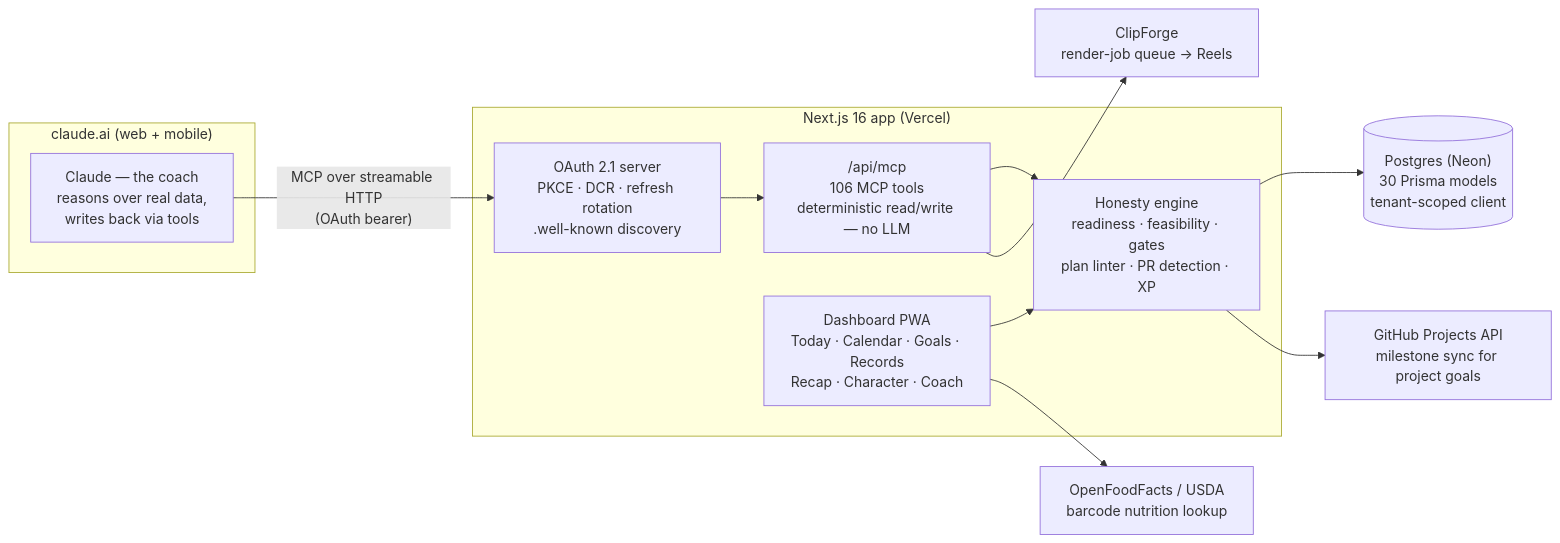
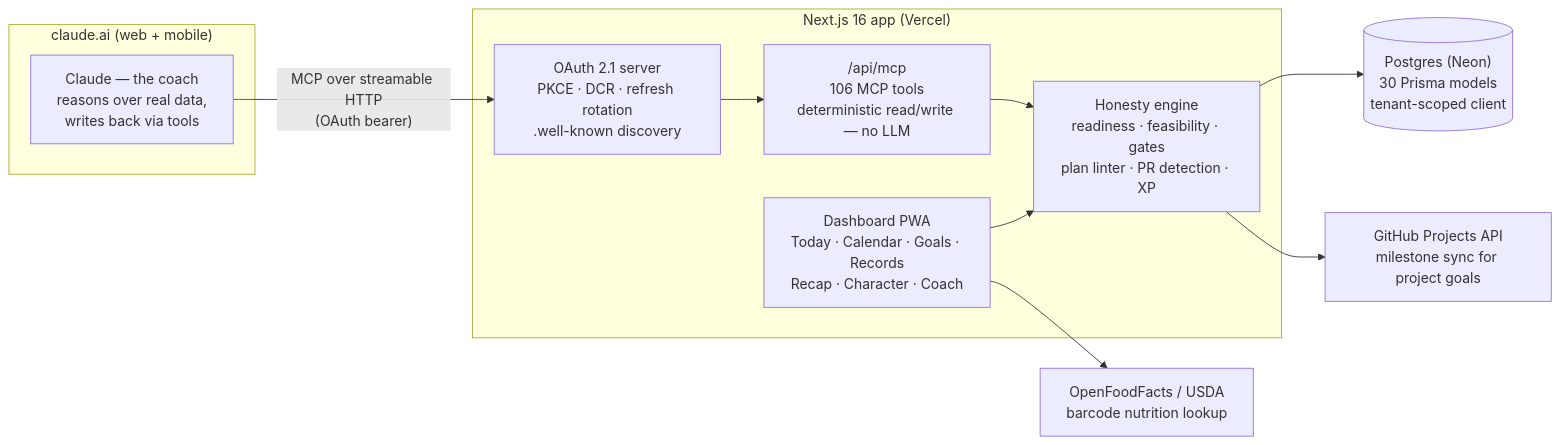
Before and after one commit to jronnomo/Goaldmine: the first of 2 diagrams in README.md, drawn with Mermaid. The commit also changed other lines of this file, not shown here.

First line of the commit message:
Remove Forge ecosystem section and ClipForge/chewgether references from README

````diff
--- a/README.md
+++ b/README.md
@@ -28,26 +28,24 @@
 ```mermaid
 flowchart LR
     subgraph Coach["claude.ai (web + mobile)"]
         CLAUDE["Claude — the coach<br/>reasons over real data,<br/>writes back via tools"]
     end
 
     subgraph App["Next.js 16 app (Vercel)"]
         OAUTH["OAuth 2.1 server<br/>PKCE · DCR · refresh rotation<br/>.well-known discovery"]
         MCP["/api/mcp<br/>106 MCP tools<br/>deterministic read/write — no LLM"]
         ENGINE["Honesty engine<br/>readiness · feasibility · gates<br/>plan linter · PR detection · XP"]
         DASH["Dashboard PWA<br/>Today · Calendar · Goals · Records<br/>Recap · Character · Coach"]
         OAUTH --> MCP --> ENGINE
         DASH --> ENGINE
     end
 
     DB[("Postgres (Neon)<br/>30 Prisma models<br/>tenant-scoped client")]
     GH["GitHub Projects API<br/>milestone sync for project goals"]
     FOOD["OpenFoodFacts / USDA<br/>barcode nutrition lookup"]
-    CF["ClipForge<br/>render-job queue → Reels"]
 
     CLAUDE -- "MCP over streamable HTTP<br/>(OAuth bearer)" --> OAUTH
     ENGINE --> DB
     ENGINE --> GH
     DASH --> FOOD
-    MCP --> CF
 ```
````
